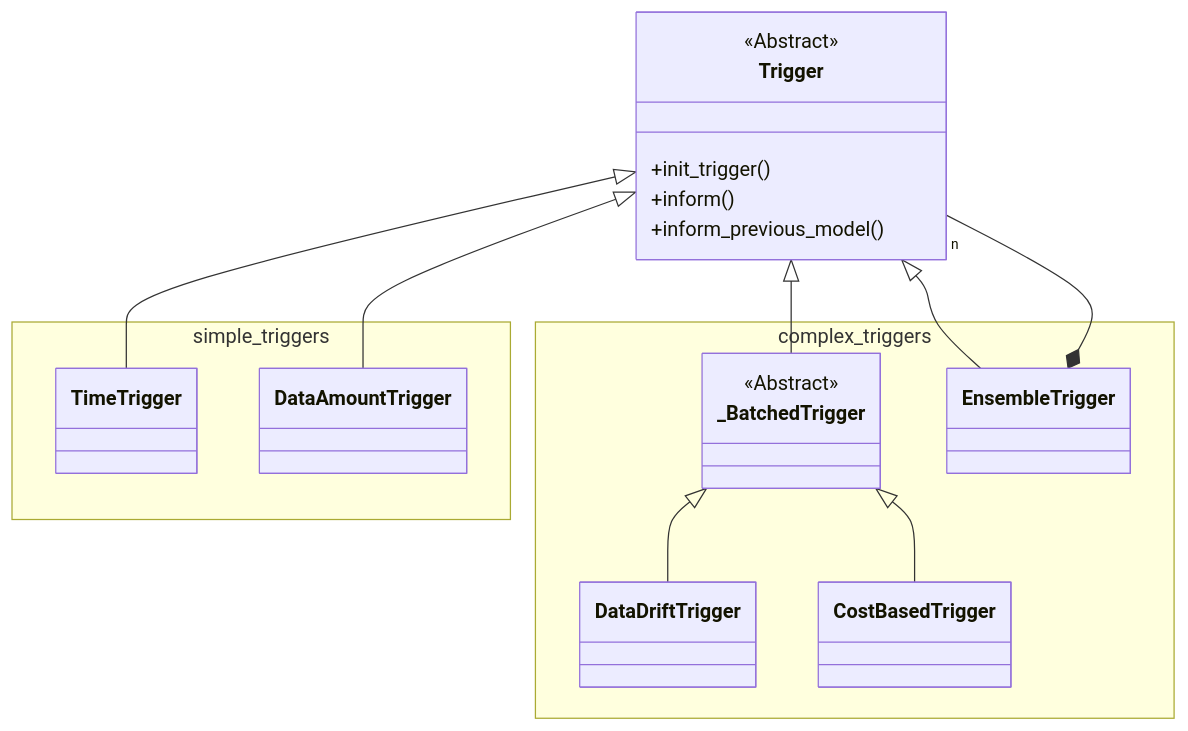
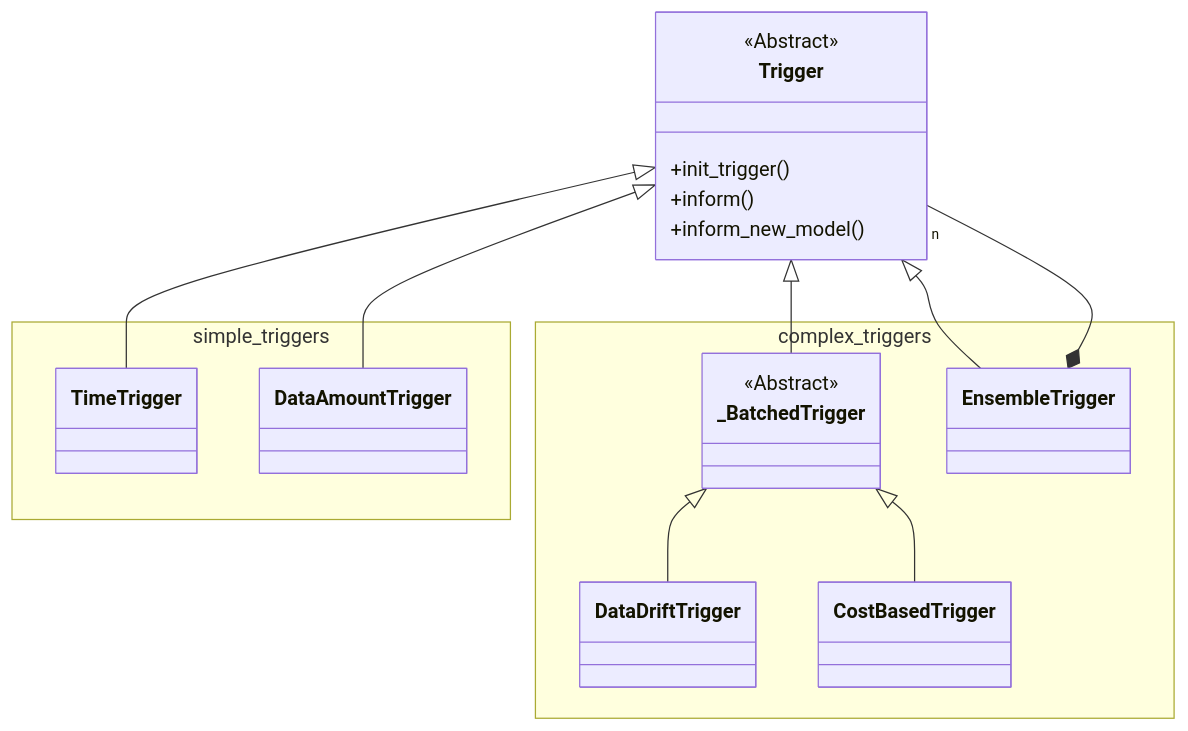
Before and after one commit to eth-easl/modyn: the diagram in docs/pipeline/TRIGGERING.md, drawn with Mermaid. The commit also changed 27 other files, not shown here.

````diff
--- a/docs/pipeline/TRIGGERING.md
+++ b/docs/pipeline/TRIGGERING.md
@@ -14,47 +14,47 @@
 ```mermaid
 classDiagram
     class Trigger {
         <<Abstract>>
         +init_trigger()
         +inform()
-        +inform_previous_model()
+        +inform_new_model()
     }
 
     namespace simple_triggers {
 
         class TimeTrigger {
         }
 
         class DataAmountTrigger {
         }
 
     }
 
     namespace complex_triggers {
 
         class DataDriftTrigger {
         }
 
         class CostBasedTrigger {
         }
 
         class _BatchedTrigger {
             <<Abstract>>
         }
 
         class EnsembleTrigger {
         }
 
     }
 
     Trigger <|-- _BatchedTrigger
     Trigger <|-- EnsembleTrigger
 
     Trigger <|-- TimeTrigger
     Trigger <|-- DataAmountTrigger
 
     _BatchedTrigger <|-- DataDriftTrigger
     _BatchedTrigger <|-- CostBasedTrigger
 
     EnsembleTrigger *-- "n" Trigger
 ```
````
